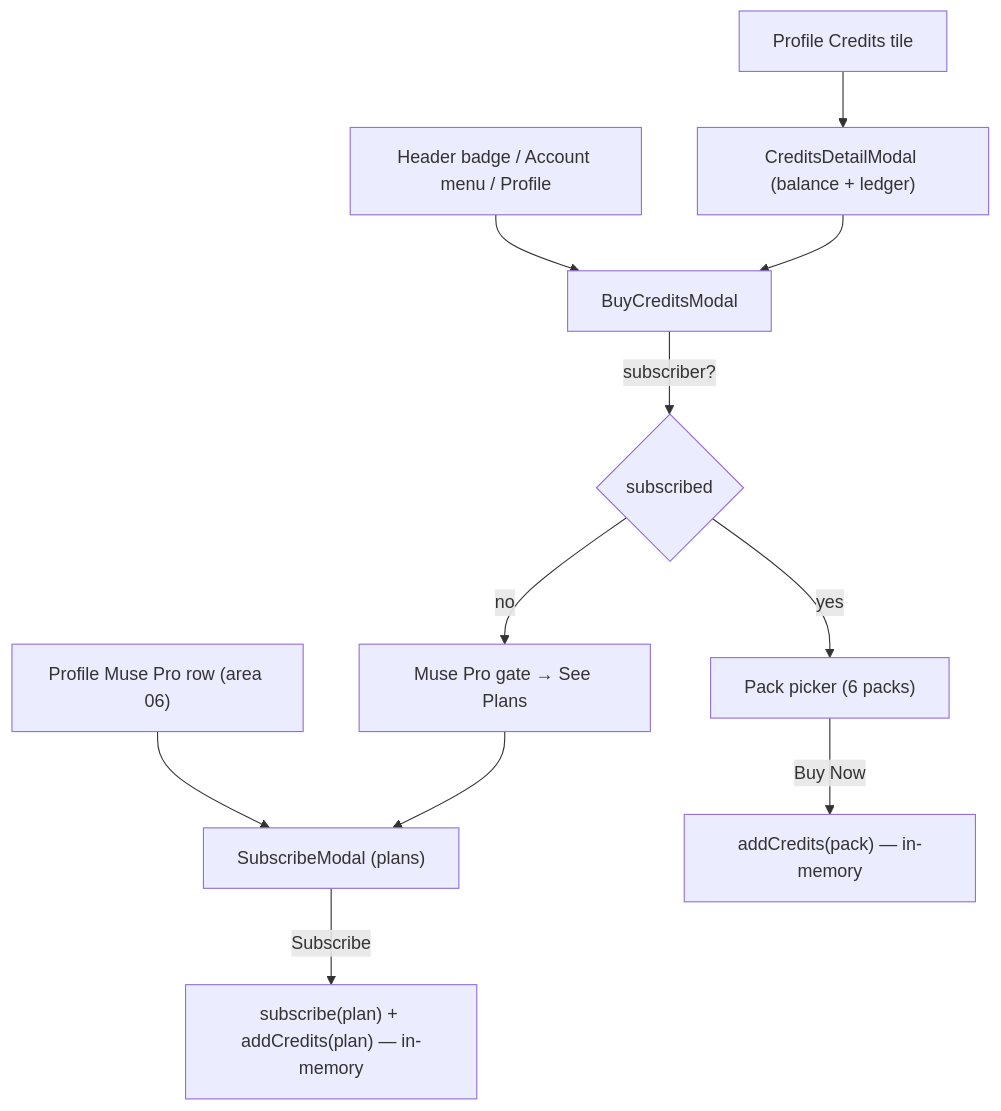
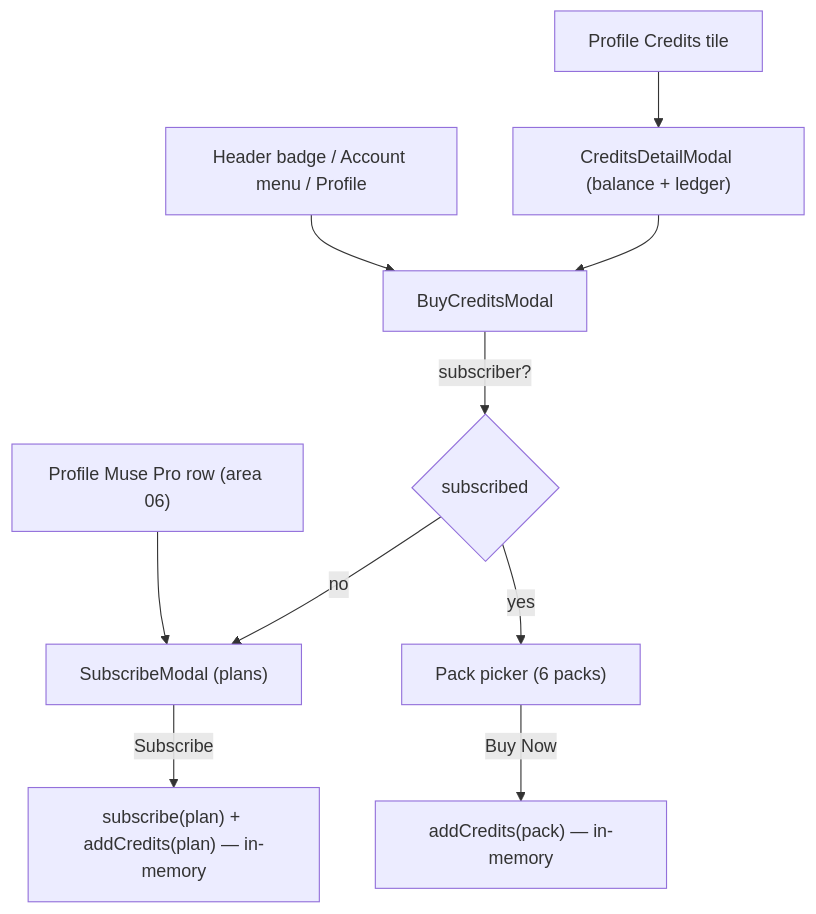
The diagram in web-app/specs/areas/07-credits-iap.md (pft-JasonChen/musemv-ai), drawn with Mermaid before and after one commit. The commit also changed other lines of this file and 7 other files, not shown here.

````diff
--- a/web-app/specs/areas/07-credits-iap.md
+++ b/web-app/specs/areas/07-credits-iap.md
@@ -176,12 +207,12 @@
 ```mermaid
 flowchart TD
   Badge["Header badge / Account menu / Profile"] --> Buy["BuyCreditsModal"]
   Profile["Profile Muse Pro row (area 06)"] --> Sub["SubscribeModal (plans)"]
   ProfileCredits["Profile Credits tile"] --> Detail["CreditsDetailModal (balance + ledger)"]
   Detail --> Buy
   Buy -->|subscriber?| Q{"subscribed"}
-  Q -->|no| Gate["Muse Pro gate → See Plans"] --> Sub
+  Q -->|no| Sub
   Q -->|yes| Packs["Pack picker (6 packs)"]
   Packs -->|Buy Now| Add["addCredits(pack) — in-memory"]
   Sub -->|Subscribe| Grant["subscribe(plan) + addCredits(plan) — in-memory"]
 ```
````
